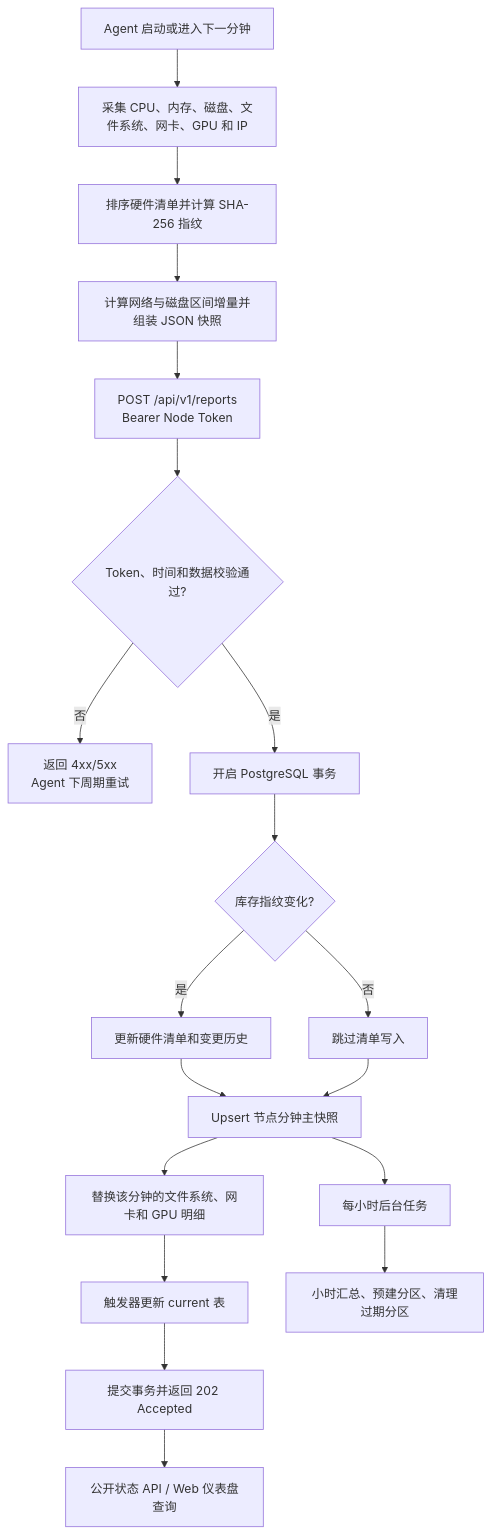
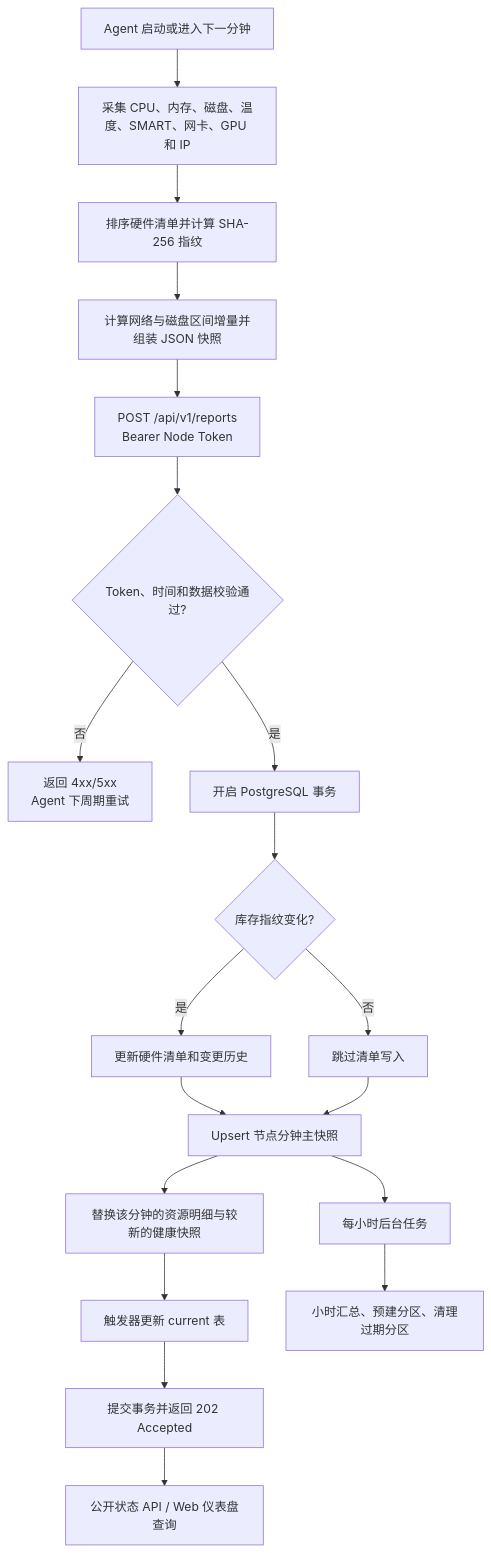
One commit to guohai163/server-status changed the diagram in README.md. Above: the diagram before and after it, drawn with Mermaid. The commit also changed other lines of this file and 32 other files, not shown here.

````diff
--- a/README.md
+++ b/README.md
@@ -61,21 +61,21 @@
 ```mermaid
 flowchart TD
-    A["Agent 启动或进入下一分钟"] --> B["采集 CPU、内存、磁盘、文件系统、网卡、GPU 和 IP"]
+    A["Agent 启动或进入下一分钟"] --> B["采集 CPU、内存、磁盘、温度、SMART、网卡、GPU 和 IP"]
     B --> C["排序硬件清单并计算 SHA-256 指纹"]
     C --> D["计算网络与磁盘区间增量并组装 JSON 快照"]
     D --> E["POST /api/v1/reports<br/>Bearer Node Token"]
     E --> F{"Token、时间和数据校验通过?"}
     F -- "否" --> G["返回 4xx/5xx<br/>Agent 下周期重试"]
     F -- "是" --> H["开启 PostgreSQL 事务"]
     H --> I{"库存指纹变化?"}
     I -- "是" --> J["更新硬件清单和变更历史"]
     I -- "否" --> K["跳过清单写入"]
     J --> L["Upsert 节点分钟主快照"]
     K --> L
-    L --> M["替换该分钟的文件系统、网卡和 GPU 明细"]
+    L --> M["替换该分钟的资源明细与较新的健康快照"]
     M --> N["触发器更新 current 表"]
     N --> O["提交事务并返回 202 Accepted"]
     O --> P["公开状态 API / Web 仪表盘查询"]
     Q["每小时后台任务"] --> R["小时汇总、预建分区、清理过期分区"]
     L --> Q
 ```
````
